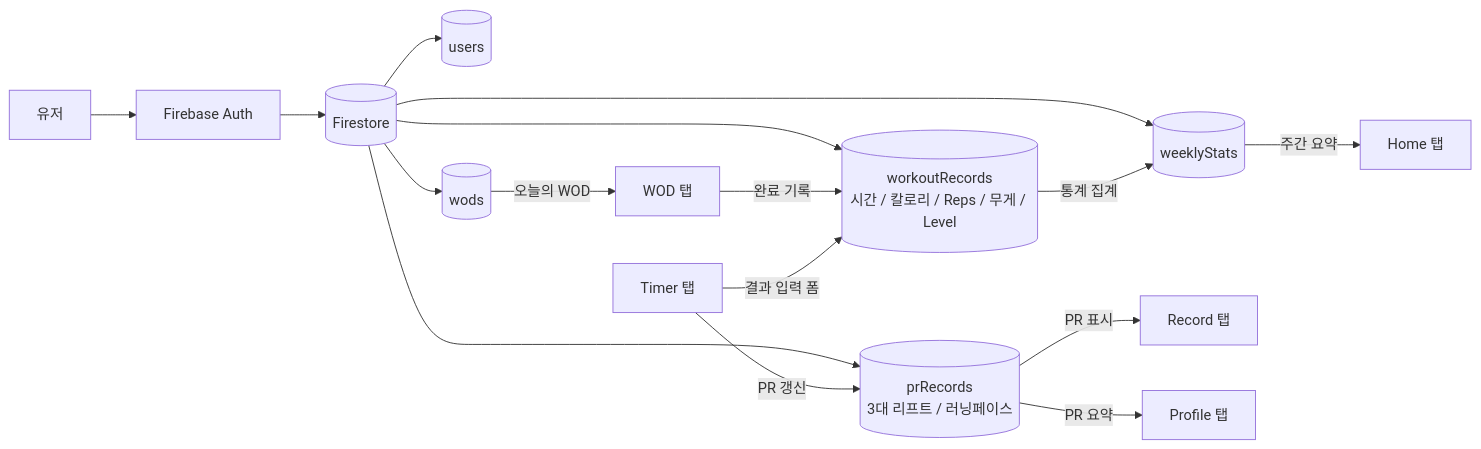
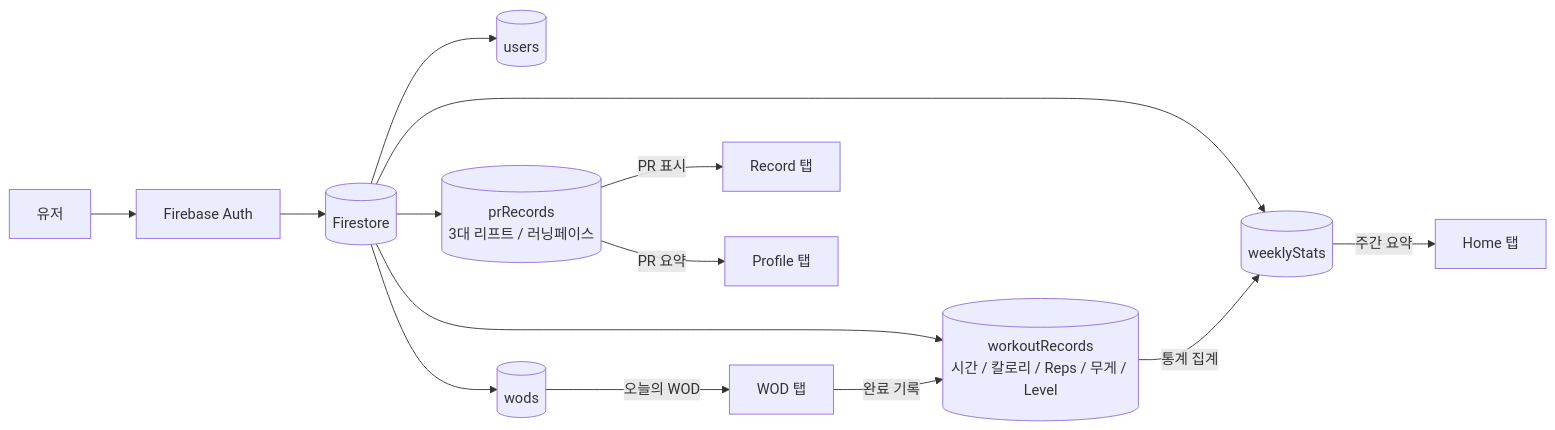
Before and after one commit to LionSeopBong/project-01: the sixth of 6 diagrams in 화면정의서/FLOWCHART.md, drawn with Mermaid. The commit also changed other lines of this file and 8 other files, not shown here.

````diff
--- a/화면정의서/FLOWCHART.md
+++ b/화면정의서/FLOWCHART.md
@@ -137,20 +106,19 @@
 ```mermaid
 flowchart LR
     User[유저] --> Auth[Firebase Auth]
     Auth --> Firestore[(Firestore)]
 
     Firestore --> users[(users)]
     Firestore --> wods[(wods)]
     Firestore --> workoutRecords[(workoutRecords\n시간 / 칼로리 / Reps / 무게 / Level)]
     Firestore --> prRecords[(prRecords\n3대 리프트 / 러닝페이스)]
     Firestore --> weeklyStats[(weeklyStats)]
 
     wods -- 오늘의 WOD --> WODPage[WOD 탭]
     WODPage -- 완료 기록 --> workoutRecords
-    TimerPage[Timer 탭] -- 결과 입력 폼 --> workoutRecords
-    TimerPage -- PR 갱신 --> prRecords
+
     workoutRecords -- 통계 집계 --> weeklyStats
     weeklyStats -- 주간 요약 --> HomePage[Home 탭]
     prRecords -- PR 표시 --> RecordPage[Record 탭]
     prRecords -- PR 요약 --> ProfilePage[Profile 탭]
 ```
````
